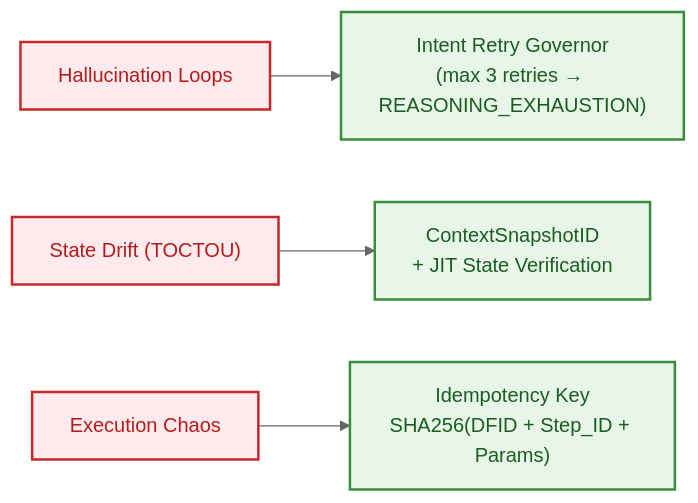
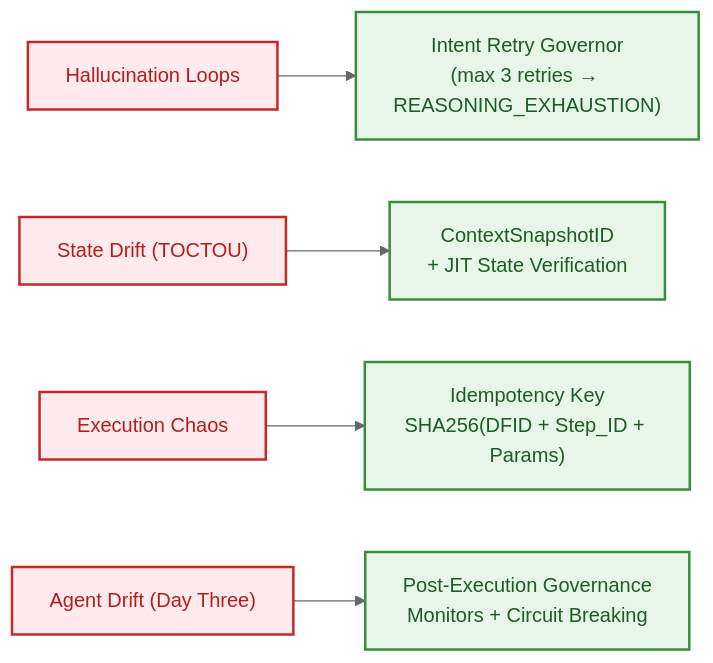
The first of 21 diagrams in docs/07-dir-minified/DIR-minified.md (huka81/decision-intelligence-runtime), drawn with Mermaid before and after one commit. The commit also changed other lines of this file and 4 other files, not shown here.

````diff
--- a/docs/07-dir-minified/DIR-minified.md
+++ b/docs/07-dir-minified/DIR-minified.md
@@ -100,18 +100,21 @@
 ```mermaid
 %%{init: {'theme': 'neutral'}}%%
 flowchart LR
     classDef problem fill:#FFEBEE,stroke:#C62828,stroke-width:2px,color:#B71C1C
     classDef solution fill:#E8F5E9,stroke:#388E3C,stroke-width:2px,color:#1B5E20
 
     P1["Hallucination Loops"]:::problem
     P2["State Drift (TOCTOU)"]:::problem
     P3["Execution Chaos"]:::problem
+    P4["Agent Drift (Day Three)"]:::problem
 
     S1["Intent Retry Governor<br>(max 3 retries → REASONING_EXHAUSTION)"]:::solution
     S2["ContextSnapshotID<br>+ JIT State Verification"]:::solution
     S3["Idempotency Key<br>SHA256(DFID + Step_ID + Params)"]:::solution
+    S4["Post-Execution Governance<br>Monitors + Circuit Breaking"]:::solution
 
     P1 --> S1
     P2 --> S2
     P3 --> S3
+    P4 --> S4
 ```
````
